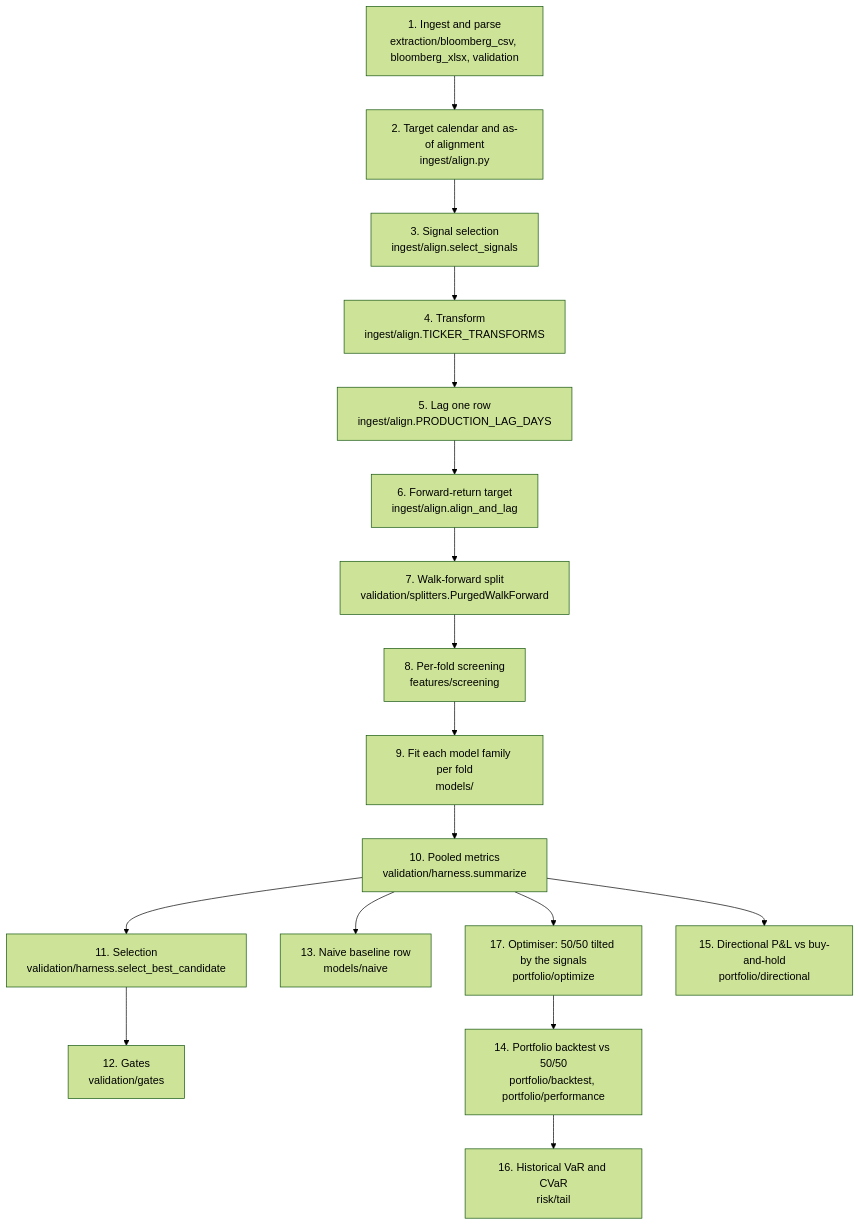
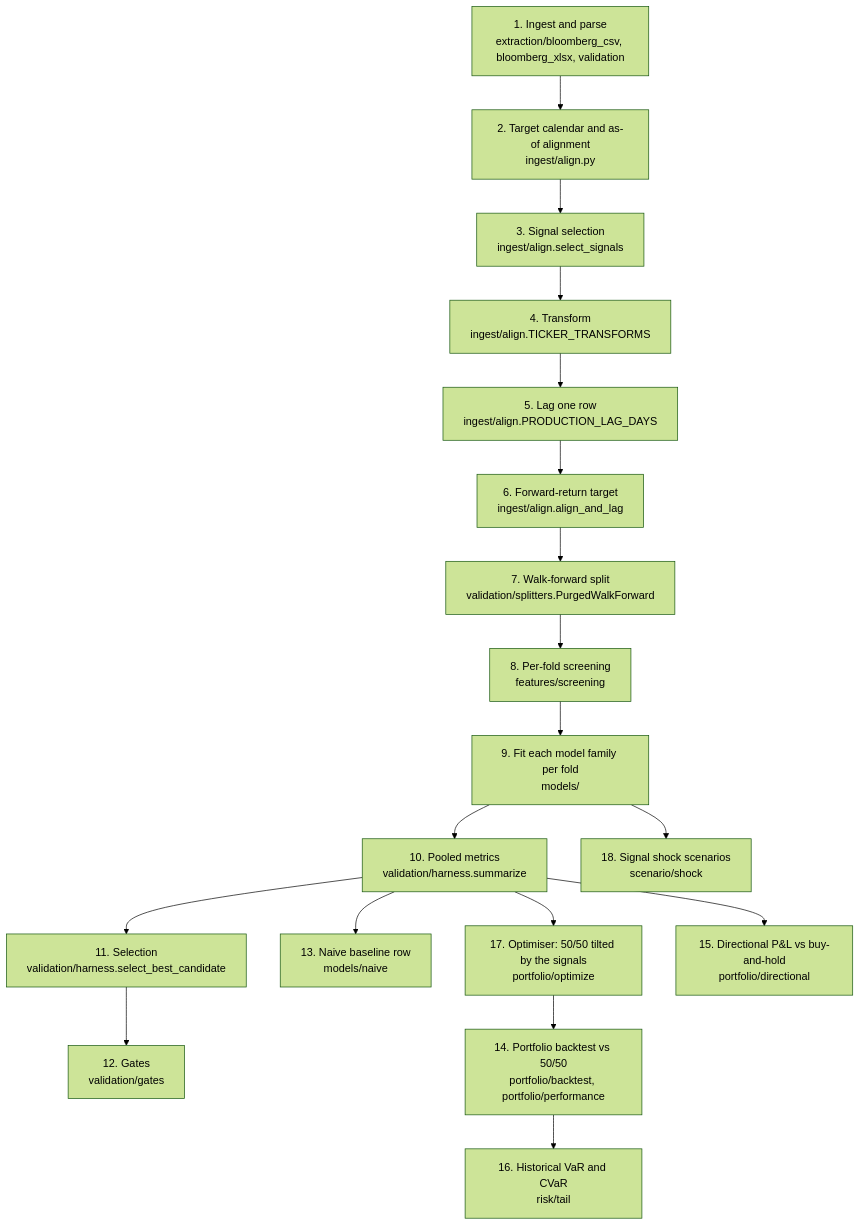
One commit to QuekKangSheng/forecasting-engine changed the diagram in docs/methodology.md. Above: the diagram before and after it, drawn with Mermaid (forest theme). The commit also changed other lines of this file and 2 other files, not shown here.

Commit message:
docs: describe signal shock scenarios (methodology section 18)

````diff
--- a/docs/methodology.md
+++ b/docs/methodology.md
@@ -14,21 +14,22 @@
 ```mermaid
 flowchart TD
     A["1. Ingest and parse<br/>extraction/bloomberg_csv, bloomberg_xlsx, validation"] --> B
     B["2. Target calendar and as-of alignment<br/>ingest/align.py"] --> C
     C["3. Signal selection<br/>ingest/align.select_signals"] --> D
     D["4. Transform<br/>ingest/align.TICKER_TRANSFORMS"] --> E
     E["5. Lag one row<br/>ingest/align.PRODUCTION_LAG_DAYS"] --> F
     F["6. Forward-return target<br/>ingest/align.align_and_lag"] --> G
     G["7. Walk-forward split<br/>validation/splitters.PurgedWalkForward"] --> H
     H["8. Per-fold screening<br/>features/screening"] --> I
     I["9. Fit each model family per fold<br/>models/"] --> J
     J["10. Pooled metrics<br/>validation/harness.summarize"] --> K
     K["11. Selection<br/>validation/harness.select_best_candidate"] --> L
     L["12. Gates<br/>validation/gates"]
     J --> M["13. Naive baseline row<br/>models/naive"]
     J --> Q["17. Optimiser: 50/50 tilted by the signals<br/>portfolio/optimize"]
     Q --> N["14. Portfolio backtest vs 50/50<br/>portfolio/backtest, portfolio/performance"]
     N --> P
     J --> O["15. Directional P&L vs buy-and-hold<br/>portfolio/directional"]
     P["16. Historical VaR and CVaR<br/>risk/tail"]
+    I --> S["18. Signal shock scenarios<br/>scenario/shock"]
 ```
````
